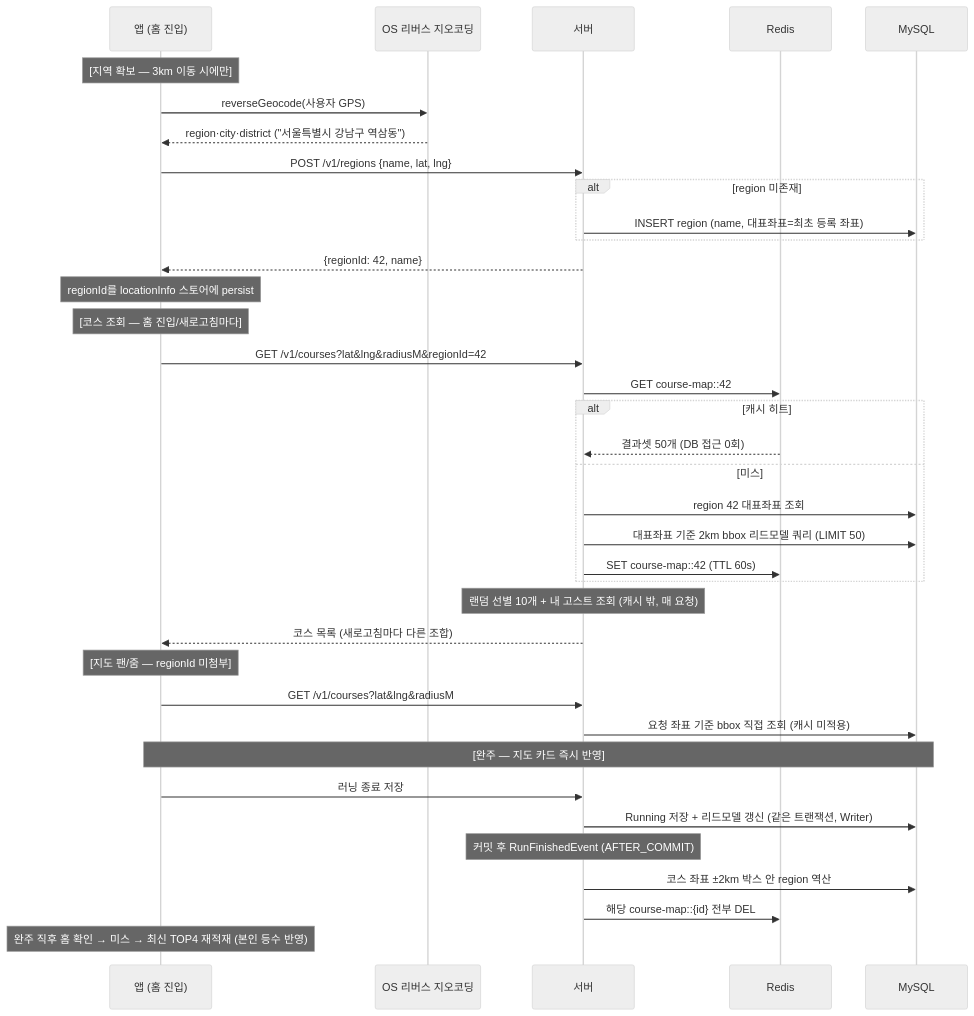
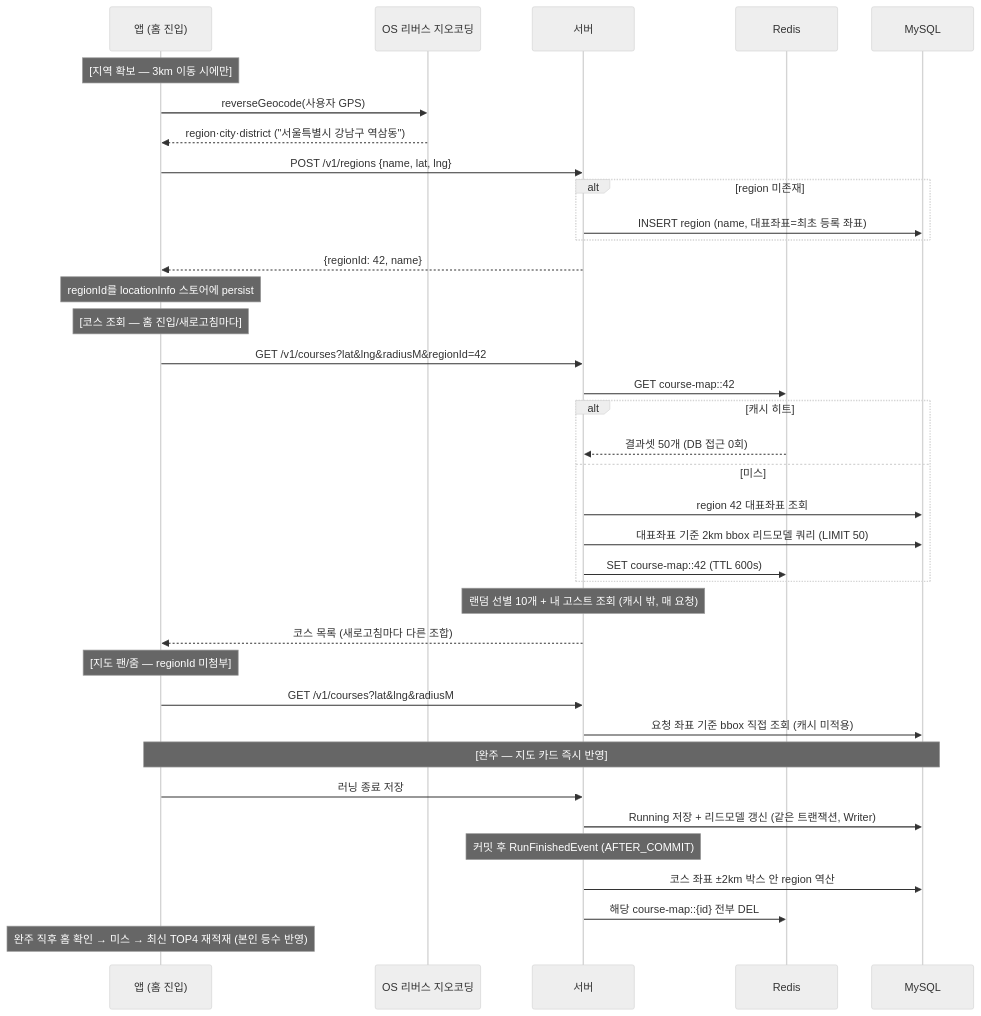
The second of 4 diagrams in docs/refactoring/course-read-model/cache/05-cache-key-design.md (SGMRT/sgmrt-server), drawn with Mermaid (neutral theme) before and after one commit. The commit also changed other lines of this file and 4 other files, not shown here.

````diff
--- a/docs/refactoring/course-read-model/cache/05-cache-key-design.md
+++ b/docs/refactoring/course-read-model/cache/05-cache-key-design.md
@@ -44,43 +44,43 @@
 ```mermaid
 sequenceDiagram
     participant FE as 앱 (홈 진입)
     participant OS as OS 리버스 지오코딩
     participant BE as 서버
     participant R as Redis
     participant DB as MySQL
 
     Note over FE: [지역 확보 — 3km 이동 시에만]
     FE->>OS: reverseGeocode(사용자 GPS)
     OS-->>FE: region·city·district ("서울특별시 강남구 역삼동")
     FE->>BE: POST /v1/regions {name, lat, lng}
     alt region 미존재
         BE->>DB: INSERT region (name, 대표좌표=최초 등록 좌표)
     end
     BE-->>FE: {regionId: 42, name}
     Note over FE: regionId를 locationInfo 스토어에 persist
 
     Note over FE: [코스 조회 — 홈 진입/새로고침마다]
     FE->>BE: GET /v1/courses?lat&lng&radiusM&regionId=42
     BE->>R: GET course-map::42
     alt 캐시 히트
         R-->>BE: 결과셋 50개 (DB 접근 0회)
     else 미스
         BE->>DB: region 42 대표좌표 조회
         BE->>DB: 대표좌표 기준 2km bbox 리드모델 쿼리 (LIMIT 50)
-        BE->>R: SET course-map::42 (TTL 60s)
+        BE->>R: SET course-map::42 (TTL 600s)
     end
     Note over BE: 랜덤 선별 10개 + 내 고스트 조회 (캐시 밖, 매 요청)
     BE-->>FE: 코스 목록 (새로고침마다 다른 조합)
 
     Note over FE: [지도 팬/줌 — regionId 미첨부]
     FE->>BE: GET /v1/courses?lat&lng&radiusM
     BE->>DB: 요청 좌표 기준 bbox 직접 조회 (캐시 미적용)
 
     Note over FE,DB: [완주 — 지도 카드 즉시 반영]
     FE->>BE: 러닝 종료 저장
     BE->>DB: Running 저장 + 리드모델 갱신 (같은 트랜잭션, Writer)
     Note over BE: 커밋 후 RunFinishedEvent (AFTER_COMMIT)
     BE->>DB: 코스 좌표 ±2km 박스 안 region 역산
     BE->>R: 해당 course-map::{id} 전부 DEL
     Note over FE: 완주 직후 홈 확인 → 미스 → 최신 TOP4 재적재 (본인 등수 반영)
 ```
````
